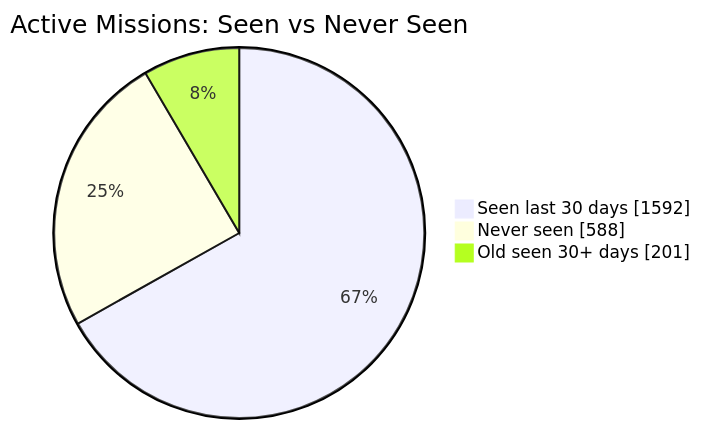
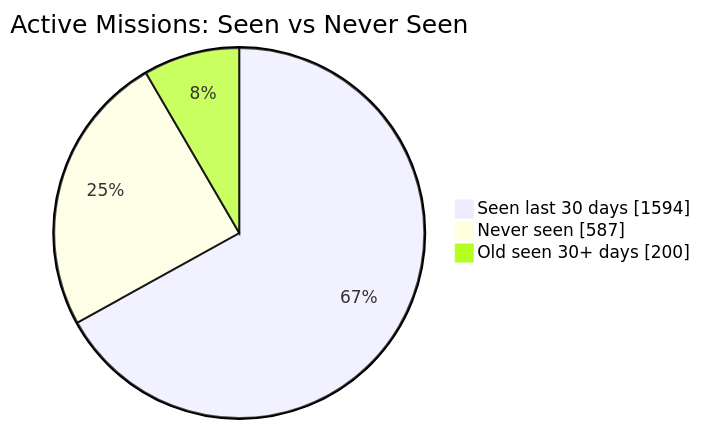
Before and after one commit to MeldkamerspelGameTeam/active-missions: the first of 2 diagrams in README.md, drawn with Mermaid. The commit also changed other lines of this file and 4 other files, not shown here.

````diff
--- a/README.md
+++ b/README.md
@@ -34,7 +34,7 @@
 ```mermaid
 pie showData
     title Active Missions: Seen vs Never Seen
-    "Seen last 30 days" : 1592
-    "Never seen" : 588
-    "Old seen 30+ days" : 201
+    "Seen last 30 days" : 1594
+    "Never seen" : 587
+    "Old seen 30+ days" : 200
 ```
````
